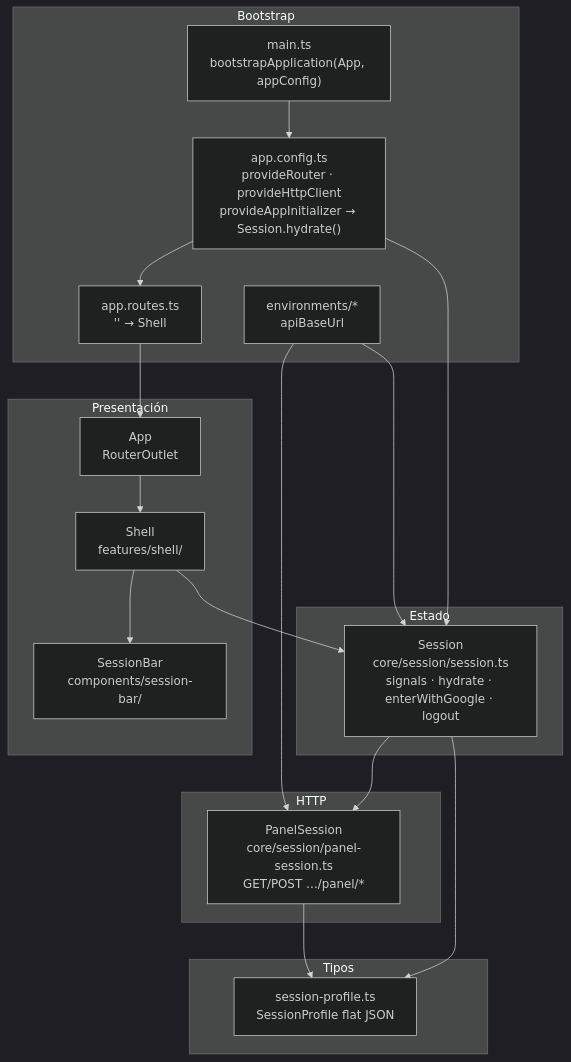
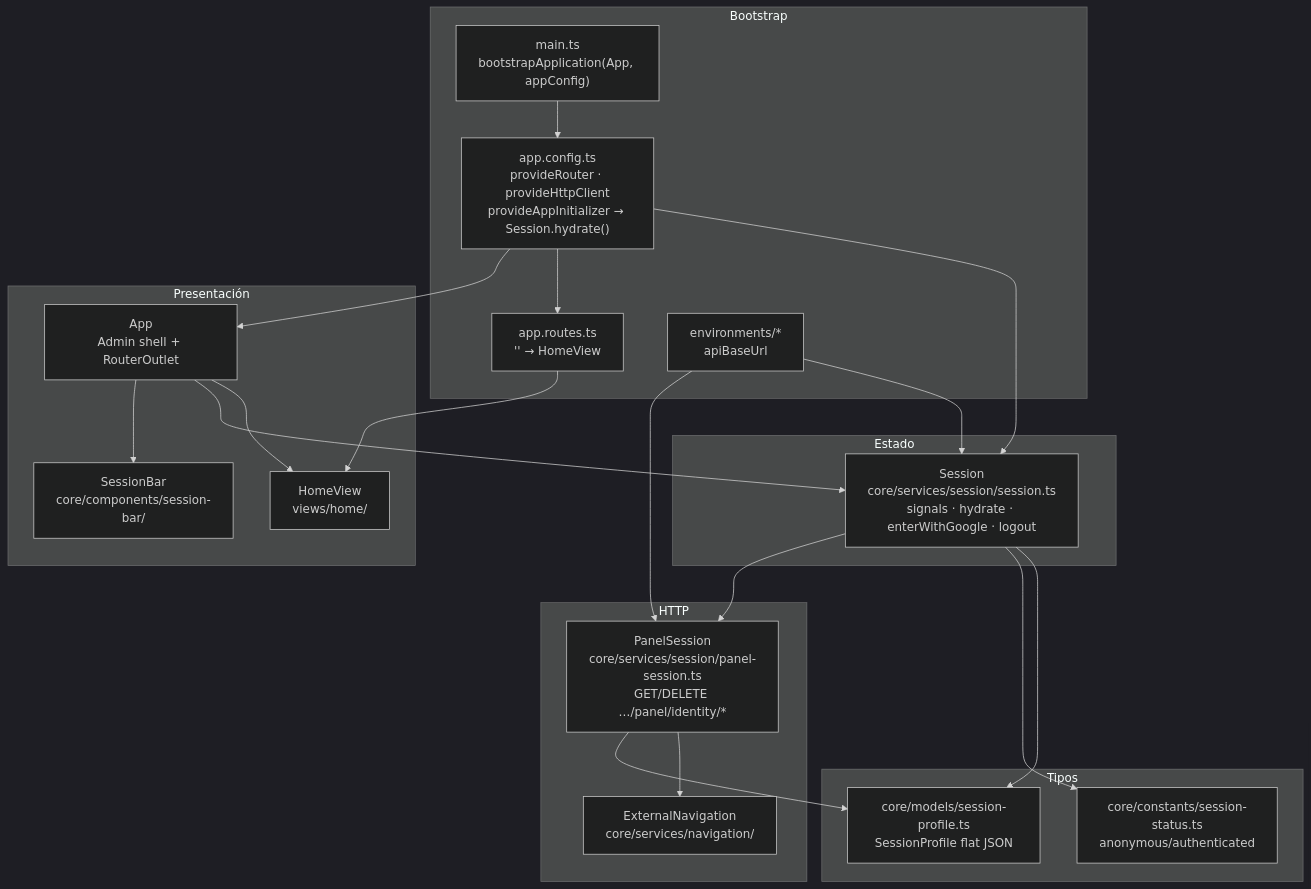
The first of 4 diagrams in specs/001-panel-google-login/uml.md (Dariosoft/fes-panel-web), drawn with Mermaid (dark theme) before and after one commit. The commit also changed other lines of this file and 3 other files, not shown here.

````diff
--- a/specs/001-panel-google-login/uml.md
+++ b/specs/001-panel-google-login/uml.md
@@ -13,40 +13,45 @@
 ```mermaid
 flowchart TB
   subgraph bootstrap["Bootstrap"]
     main["main.ts<br/>bootstrapApplication(App, appConfig)"]
     config["app.config.ts<br/>provideRouter · provideHttpClient<br/>provideAppInitializer → Session.hydrate()"]
-    routes["app.routes.ts<br/>'' → Shell"]
+    routes["app.routes.ts<br/>'' → HomeView"]
     env["environments/*<br/>apiBaseUrl"]
   end
 
   subgraph presentation["Presentación"]
-    app["App<br/>RouterOutlet"]
-    shell["Shell<br/>features/shell/"]
-    bar["SessionBar<br/>components/session-bar/"]
+    app["App<br/>Admin shell + RouterOutlet"]
+    home["HomeView<br/>views/home/"]
+    bar["SessionBar<br/>core/components/session-bar/"]
   end
 
   subgraph state["Estado"]
-    session["Session<br/>core/session/session.ts<br/>signals · hydrate · enterWithGoogle · logout"]
+    session["Session<br/>core/services/session/session.ts<br/>signals · hydrate · enterWithGoogle · logout"]
   end
 
   subgraph http["HTTP"]
-    panel["PanelSession<br/>core/session/panel-session.ts<br/>GET/POST …/panel/*"]
+    panel["PanelSession<br/>core/services/session/panel-session.ts<br/>GET/DELETE …/panel/identity/*"]
+    external["ExternalNavigation<br/>core/services/navigation/"]
   end
 
   subgraph types["Tipos"]
-    profile["session-profile.ts<br/>SessionProfile flat JSON"]
+    profile["core/models/session-profile.ts<br/>SessionProfile flat JSON"]
+    status["core/constants/session-status.ts<br/>anonymous/authenticated"]
   end
 
   main --> config
+  config --> app
   config --> routes
   config --> session
   env --> panel
   env --> session
-  routes --> app
-  app --> shell
-  shell --> bar
-  shell --> session
+  routes --> home
+  app --> bar
+  app --> session
+  app --> home
   session --> panel
+  session --> status
   panel --> profile
+  panel --> external
   session --> profile
 ```
````
